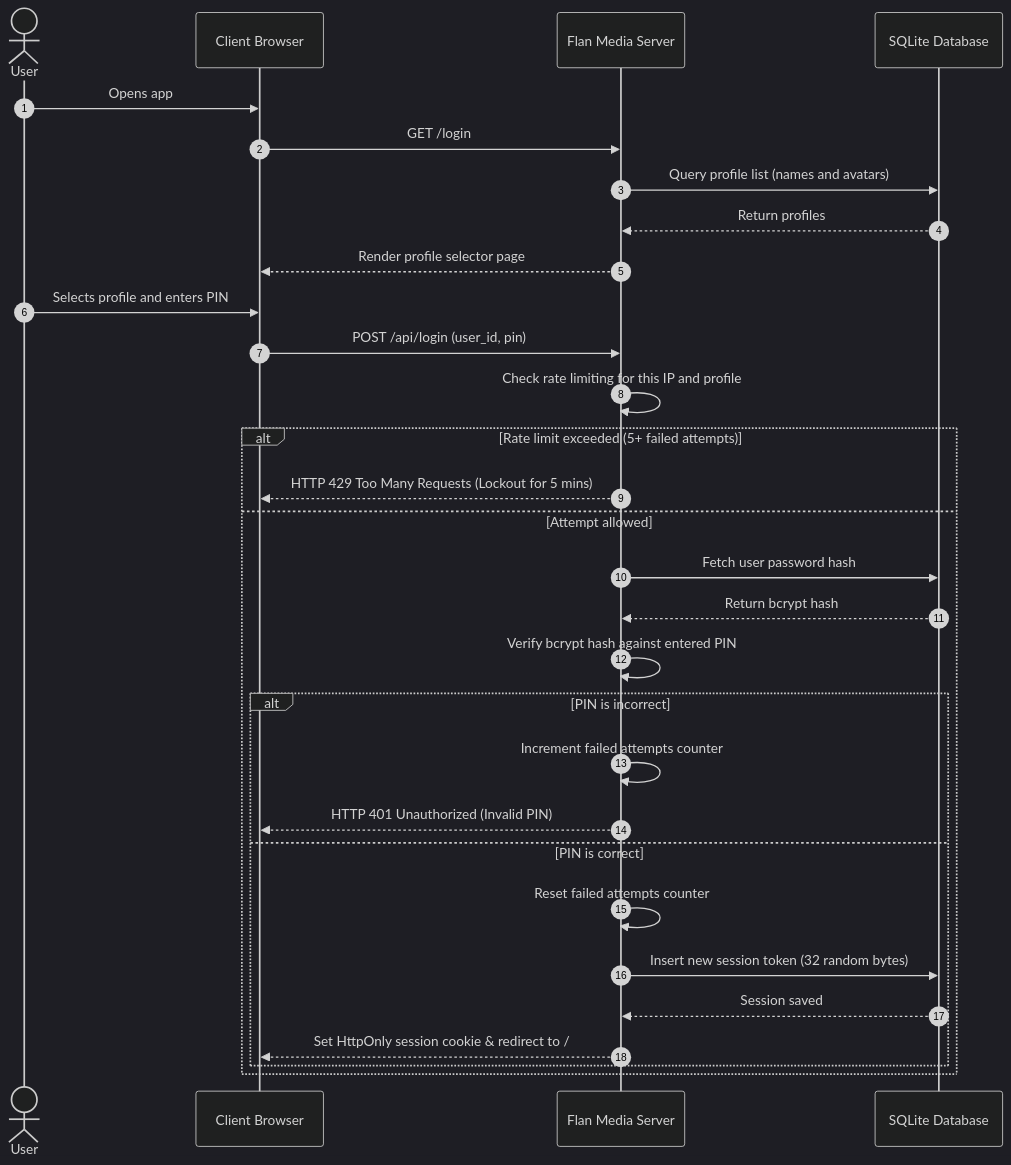
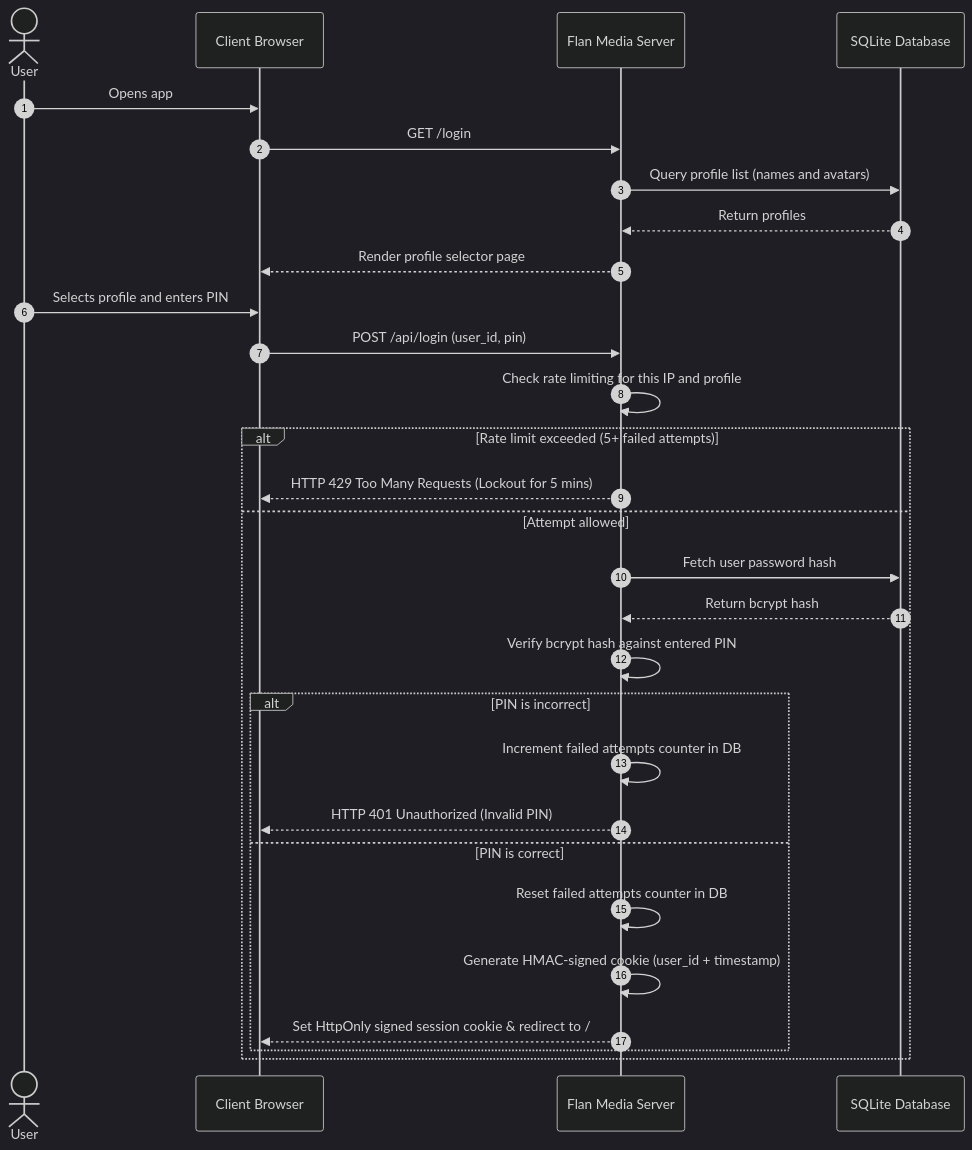
One commit to WesleyEsq/Flan-Media-Server changed the second of 5 diagrams in docs/diagrams/user-flows.md. Above: the diagram before and after it, drawn with Mermaid (dark theme). The commit also changed other lines of this file and 6 other files, not shown here.

````diff
--- a/docs/diagrams/user-flows.md
+++ b/docs/diagrams/user-flows.md
@@ -36,36 +36,35 @@
 ```mermaid
 sequenceDiagram
     autonumber
     actor User
     participant Browser as Client Browser
     participant Server as Flan Media Server
     participant DB as SQLite Database
 
     User->>Browser: Opens app
     Browser->>Server: GET /login
     Server->>DB: Query profile list (names and avatars)
     DB-->>Server: Return profiles
     Server-->>Browser: Render profile selector page
 
     User->>Browser: Selects profile and enters PIN
     Browser->>Server: POST /api/login (user_id, pin)
 
     Server->>Server: Check rate limiting for this IP and profile
     alt Rate limit exceeded (5+ failed attempts)
         Server-->>Browser: HTTP 429 Too Many Requests (Lockout for 5 mins)
     else Attempt allowed
         Server->>DB: Fetch user password hash
         DB-->>Server: Return bcrypt hash
         Server->>Server: Verify bcrypt hash against entered PIN
 
         alt PIN is incorrect
-            Server->>Server: Increment failed attempts counter
+            Server->>Server: Increment failed attempts counter in DB
             Server-->>Browser: HTTP 401 Unauthorized (Invalid PIN)
         else PIN is correct
-            Server->>Server: Reset failed attempts counter
-            Server->>DB: Insert new session token (32 random bytes)
-            DB-->>Server: Session saved
-            Server-->>Browser: Set HttpOnly session cookie & redirect to /
+            Server->>Server: Reset failed attempts counter in DB
+            Server->>Server: Generate HMAC-signed cookie (user_id + timestamp)
+            Server-->>Browser: Set HttpOnly signed session cookie & redirect to /
         end
     end
 ```
````
